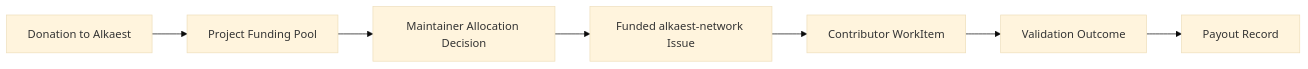
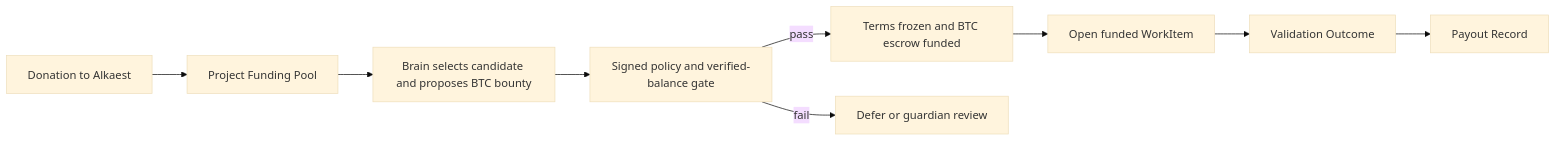
Before and after one commit to alkaest-network/alkaest: the second of 2 diagrams in docs/rfc/0003-development-workflow-module.md, drawn with Mermaid (base theme). The commit also changed other lines of this file and 60 other files, not shown here.

````diff
--- a/docs/rfc/0003-development-workflow-module.md
+++ b/docs/rfc/0003-development-workflow-module.md
@@ -456,9 +629,11 @@
 ```mermaid
 flowchart LR
     DONATE["Donation to Alkaest"] --> POOL["Project Funding Pool"]
-    POOL --> DECIDE["Maintainer Allocation Decision"]
-    DECIDE --> ISSUE["Funded alkaest-network Issue"]
-    ISSUE --> WORK["Contributor WorkItem"]
+    POOL --> BRAIN["Brain selects candidate and proposes BTC bounty"]
+    BRAIN --> GATE["Signed policy and verified-balance gate"]
+    GATE -->|pass| ISSUE["Terms frozen and BTC escrow funded"]
+    GATE -->|fail| DEFER["Defer or guardian review"]
+    ISSUE --> WORK["Open funded WorkItem"]
     WORK --> VALID["Validation Outcome"]
     VALID --> PAY["Payout Record"]
 ```
````
